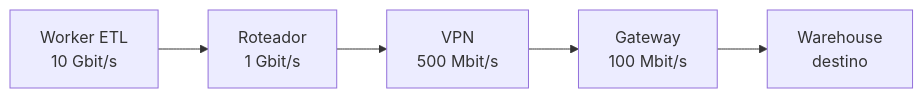
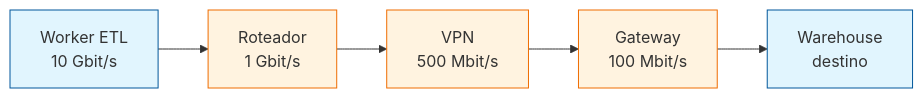
One commit to carloshenriquedutra/computer-science changed the ninth of 12 diagrams in 04-solucoes-tecnologicas-para-cloud-e-redes/00-meu-caderno.md. Above: the diagram before and after it, drawn with Mermaid. The commit also changed other lines of this file, not shown here.

````diff
--- a/04-solucoes-tecnologicas-para-cloud-e-redes/00-meu-caderno.md
+++ b/04-solucoes-tecnologicas-para-cloud-e-redes/00-meu-caderno.md
@@ -927,4 +975,10 @@
 ```mermaid
 flowchart LR
     W["Worker ETL<br>10 Gbit/s"] --> R["Roteador<br>1 Gbit/s"] --> V["VPN<br>500 Mbit/s"] --> G["Gateway<br>100 Mbit/s"] --> D["Warehouse<br>destino"]
+
+    style W fill:#e1f5fe,stroke:#01579b
+    style D fill:#e1f5fe,stroke:#01579b
+    style R fill:#fff3e0,stroke:#ef6c00
+    style V fill:#fff3e0,stroke:#ef6c00
+    style G fill:#fff3e0,stroke:#ef6c00
 ```
````
